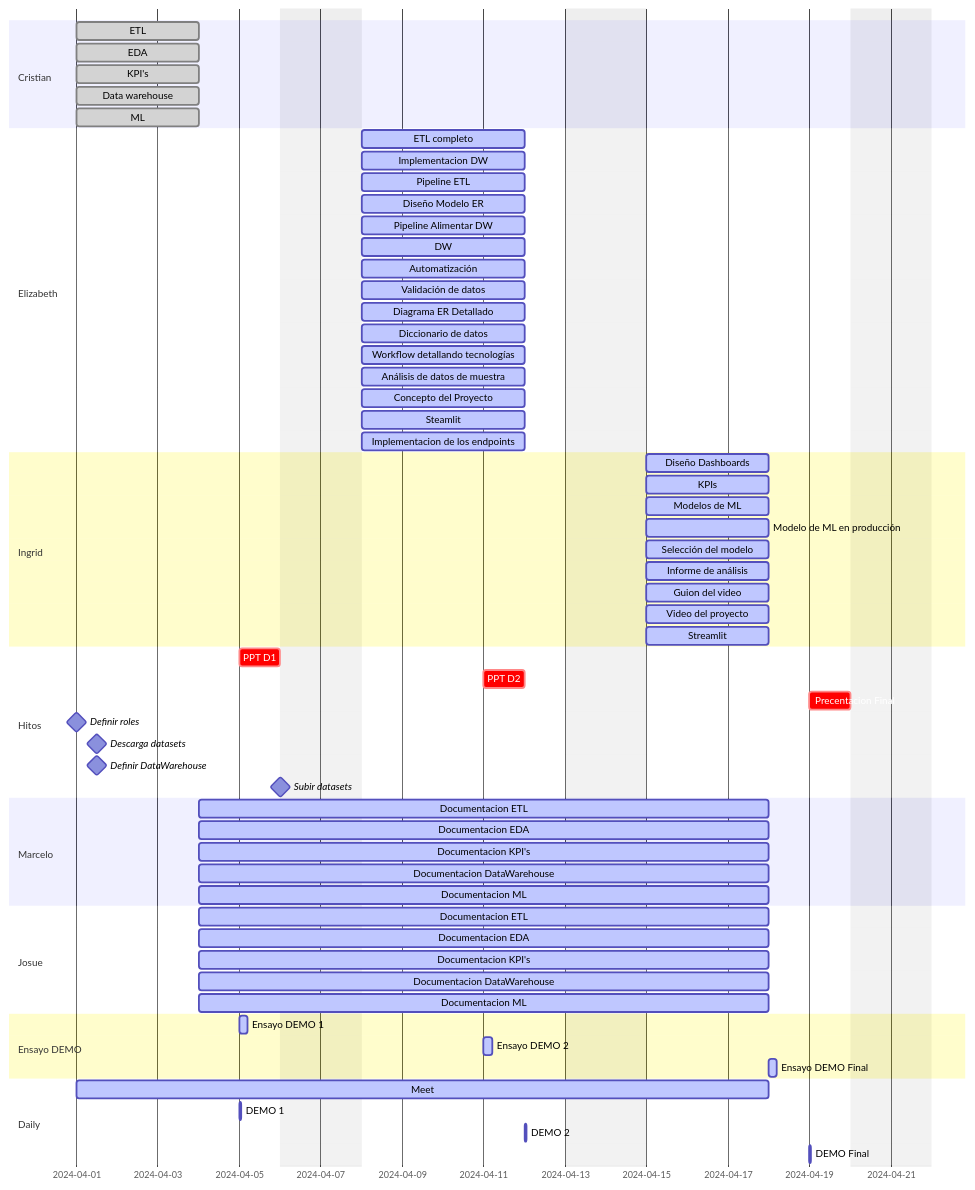
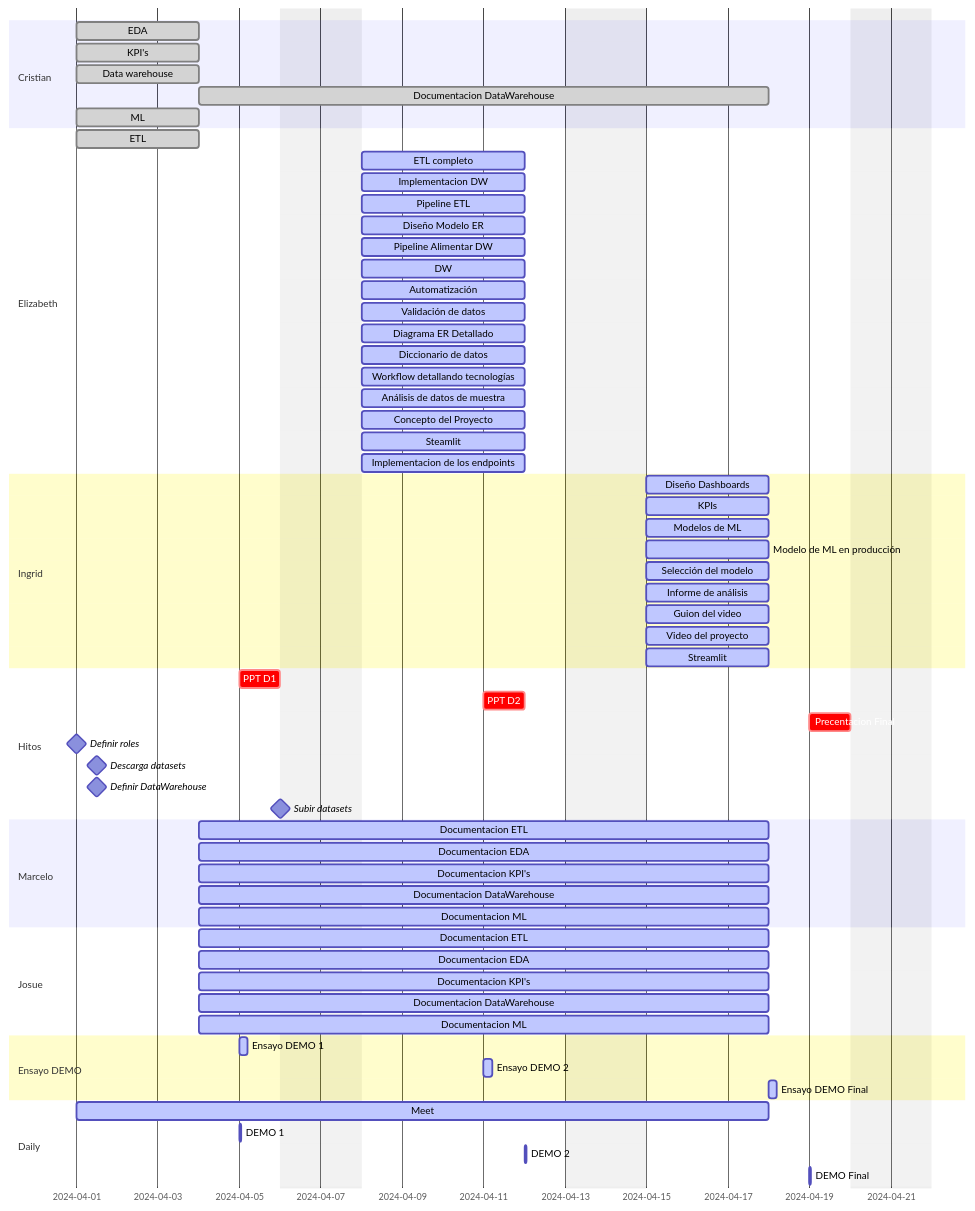
Before and after one commit to marceloyuba/SDT: the diagram in Documentacion/Gantt.md, drawn with Mermaid.

````diff
--- a/Documentacion/Gantt.md
+++ b/Documentacion/Gantt.md
@@ -2,77 +2,80 @@
 ```mermaid
 gantt
    
     dateFormat  YYYY-MM-DD
     excludes     saturday sunday
     %% (`excludes` accepts specific dates in YYYY-MM-DD format, days of the week ("sunday") or "weekends", but not the word "weekdays".)
 
     section Cristian
-    ETL                       :done,    des1, 2024-04-01, 3d
+    
     EDA                       :done,  des2, 2024-04-01, 3d
     KPI's                     :done,   des3,  2024-04-01, 3d
     Data warehouse            :done,   des4, 2024-04-01, 3d
+    Documentacion DataWarehouse       :done, a1, after des4, 10d
     ML                        :done, des5, 2024-04-01, 3d               
 
-    section Elizabeth            
+    section Elizabeth
+
+    ETL                       :done,    des1, 2024-04-01, 3d 
     ETL completo               :active,    des6, 2024-04-08, 4d
     Implementacion DW         :active,    des7, 2024-04-08, 4d
     Pipeline ETL               :active,    des8, 2024-04-08, 4d
     Diseño Modelo ER           :active,    des8, 2024-04-08, 4d 
     Pipeline Alimentar DW       :active,    des9, 2024-04-08, 4d
     DW                          :active,    des10, 2024-04-08, 4d
     Automatización             :active,    des11, 2024-04-08, 4d
     Validación de datos         :active,    des12, 2024-04-08, 4d
     Diagrama ER Detallado       :active,    des13, 2024-04-08, 4d
     Diccionario de datos        :active,    des14, 2024-04-08, 4d
     Workflow detallando tecnologías :active,    des15, 2024-04-08, 4d
     Análisis de datos de muestra   :active,    des16, 2024-04-08, 4d
     Concepto del Proyecto         :active,    des17, 2024-04-08, 4d
     Steamlit                     :active,    des18, 2024-04-08, 4d
     Implementacion de los endpoints     :active,    des19, 2024-04-08, 4d
 
     section Ingrid          
     Diseño Dashboards              :active,    des20, 2024-04-15, 3d
     KPIs                           :active,    des21, 2024-04-15, 3d
     Modelos de ML                   :active,    des22, 2024-04-15, 3d
     Modelo de ML en producción      :active,    des23, 2024-04-15, 3d
     Selección del modelo         :active,    des24, 2024-04-15, 3d
     Informe de análisis               :active,    des25, 2024-04-15, 3d
     Guion del video                  :active,    des26, 2024-04-15, 3d
     Video del proyecto              :active,    des27, 2024-04-15, 3d
     Streamlit                       :active, des28, 2024-04-15, 3d
 
     section Hitos
     PPT D1                              :crit,  2024-04-05,24h
     PPT D2                              :crit,  2024-04-11,24h
     Precentacion Final                          :crit,  2024-04-19,24h
     Definir roles                       :milestone, isadded, 2024-04-01, 0d
     Descarga datasets                   :milestone, isadded, 2024-04-01, 24h
     Definir DataWarehouse               :milestone,isadded, 2024-04-01, 24h
     Subir datasets                      :milestone,isadded 2024-04-04, 2d
 
     section Marcelo
     Documentacion ETL               :active, a1, after des1, 10d
     Documentacion EDA              :active, a1, after des1, 10d
     Documentacion KPI's              :active, a1, after des1, 10d
     Documentacion DataWarehouse       :active, a1, after des1, 10d
     Documentacion ML                   :active, a1, after des1, 10d
 
    section Josue
     Documentacion ETL               :active, a1, after des1, 10d
     Documentacion EDA              :active, a1, after des1, 10d
     Documentacion KPI's              :active, a1, after des1, 10d
     Documentacion DataWarehouse       :active, a1, after des1, 10d
     Documentacion ML                   :active, a1, after des1, 10d
 
     section Ensayo DEMO
     Ensayo DEMO 1                       :active, 2024-04-05, 5h
     Ensayo DEMO 2                       :active, 2024-04-11, 5h
     Ensayo DEMO Final                  :active, 2024-04-18, 5h
 
     section Daily
     Meet                               :active,a2, 2024-04-01, 2024-04-18
     DEMO 1                             :active, 2024-04-05, 1h
     DEMO 2                             :active, 2024-04-12, 1h
     DEMO Final                             :active, 2024-04-19, 1h
    
 ```
````
